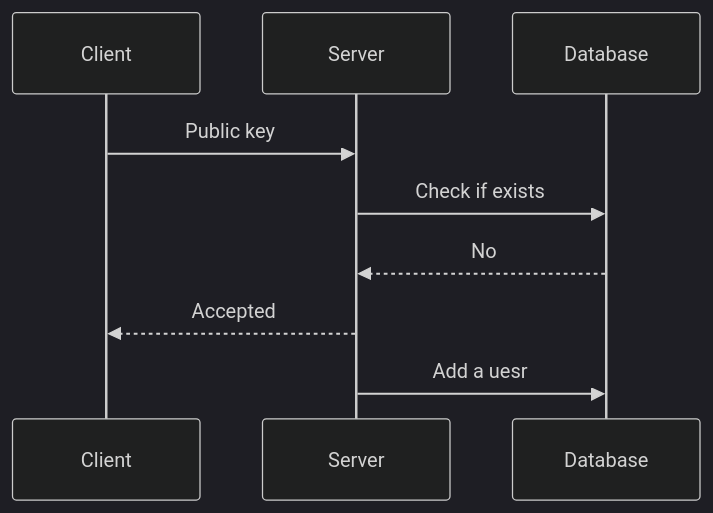
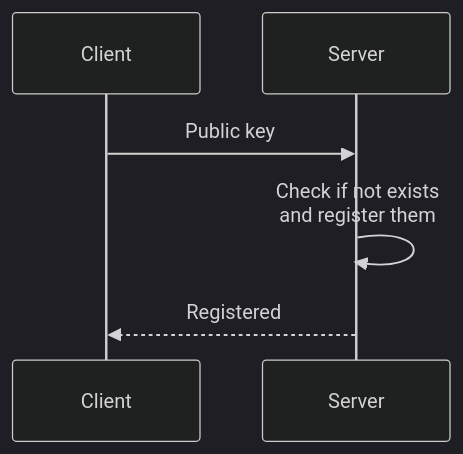
The first of 4 diagrams in README.md (liplum/ChatIsland), drawn with Mermaid (dark theme) before and after one commit. The commit also changed other lines of this file, not shown here.

````diff
--- a/README.md
+++ b/README.md
@@ -12,11 +12,8 @@
 ```mermaid
 sequenceDiagram
     participant Client
     participant Server
-    participant Database
     Client->>Server: Public key
-    Server->>Database: Check if exists
-    Database-->>Server: No
-    Server-->>Client: Accepted
-    Server->>Database: Add a uesr
+    Server->>Server: Check if not exists <br/> and register them
+    Server-->>Client: Registered
 ```
````
